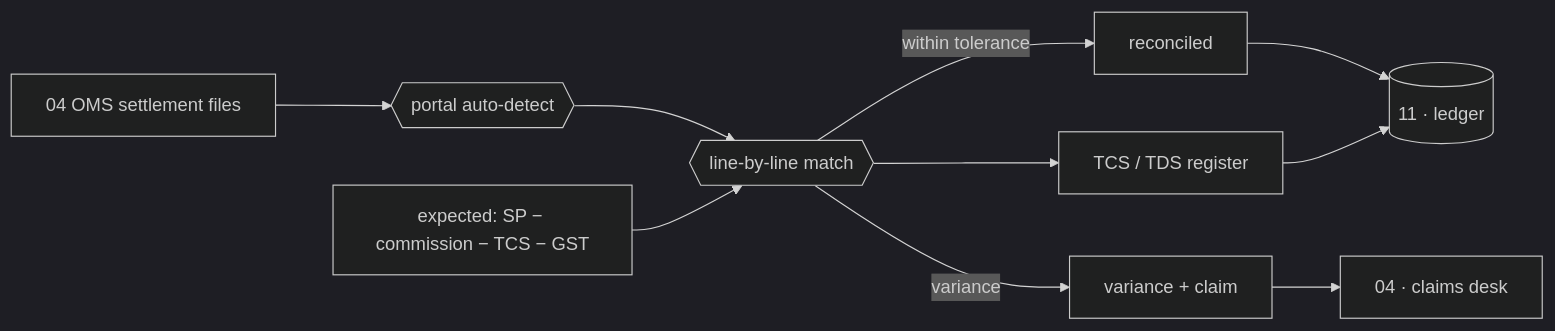
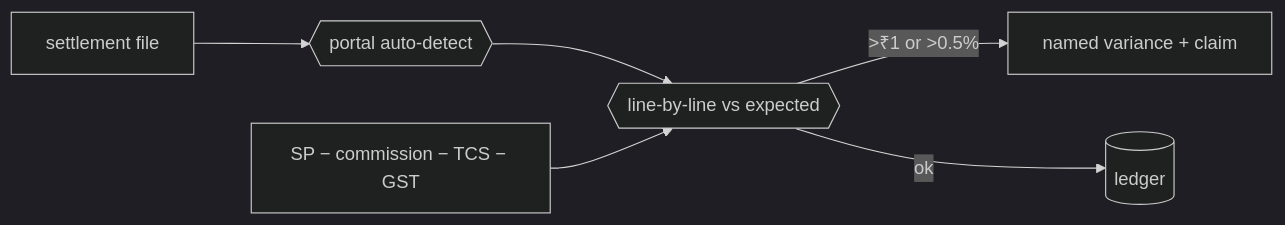
Before and after one commit to vastrangam/AI_Content_Engine: diagram 12 of 16 in VASTRANGAM_MODULES_COMPLETE.md, drawn with Mermaid (dark theme). The commit also changed other lines of this file and 1 other file, not shown here.

````diff
--- a/VASTRANGAM_MODULES_COMPLETE.md
+++ b/VASTRANGAM_MODULES_COMPLETE.md
@@ -1063,12 +882,8 @@
 ```mermaid
 flowchart LR
-  OMS[04 OMS settlement files] --> DET{{portal auto-detect}}
-  DET --> MATCH{{line-by-line match}}
-  EXP[expected: SP − commission − TCS − GST] --> MATCH
-  MATCH -->|within tolerance| OK[reconciled]
-  MATCH -->|variance| VAR[variance + claim]
-  OK --> GL[(11 · ledger)]
-  VAR --> CLAIM[04 · claims desk]
-  MATCH --> TCS[TCS / TDS register]
-  TCS --> GL
+  FILE[settlement file] --> DET{{portal auto-detect}}
+  DET --> MATCH{{line-by-line vs expected}}
+  EXP[SP − commission − TCS − GST] --> MATCH
+  MATCH -->|>₹1 or >0.5%| VAR[named variance + claim]
+  MATCH -->|ok| GL[(ledger)]
 ```
````
